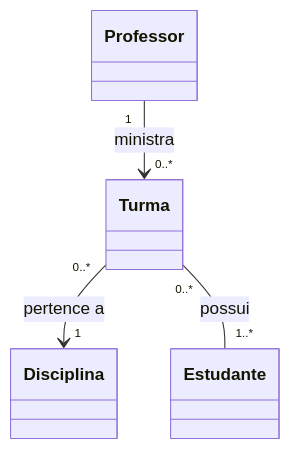
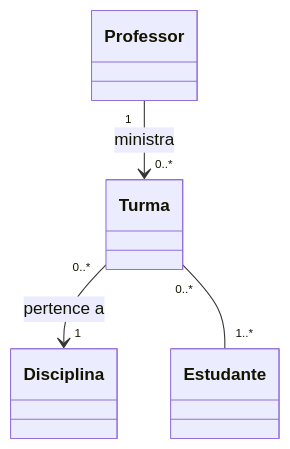
Before and after one commit to PedroWatermann/UEM_Eng_Soft: the second of 13 diagrams in 2_ano/4_semestre/AnaliseProjetoSoftware/ListaExercícios/Lista_6.md, drawn with Mermaid. The commit also changed other lines of this file and 1 other file, not shown here.

````diff
--- a/2_ano/4_semestre/AnaliseProjetoSoftware/ListaExercícios/Lista_6.md
+++ b/2_ano/4_semestre/AnaliseProjetoSoftware/ListaExercícios/Lista_6.md
@@ -96,10 +40,6 @@
 ```mermaid
 classDiagram
-    class Professor
-    class Turma
-    class Estudante
-    class Disciplina
     Professor "1" --> "0..*" Turma : ministra
     Turma "0..*" --> "1" Disciplina : pertence a
-    Turma "0..*" -- "1..*" Estudante : possui
+    Turma "0..*" -- "1..*" Estudante
 ```
````
